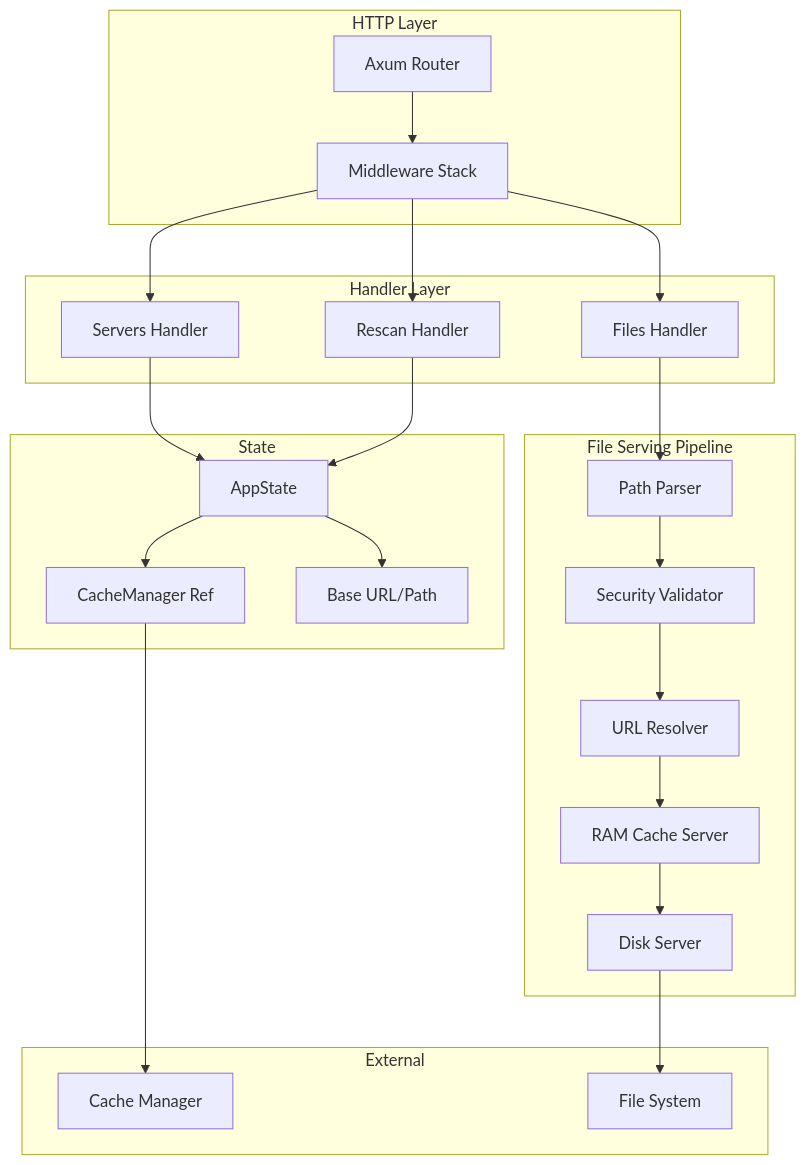
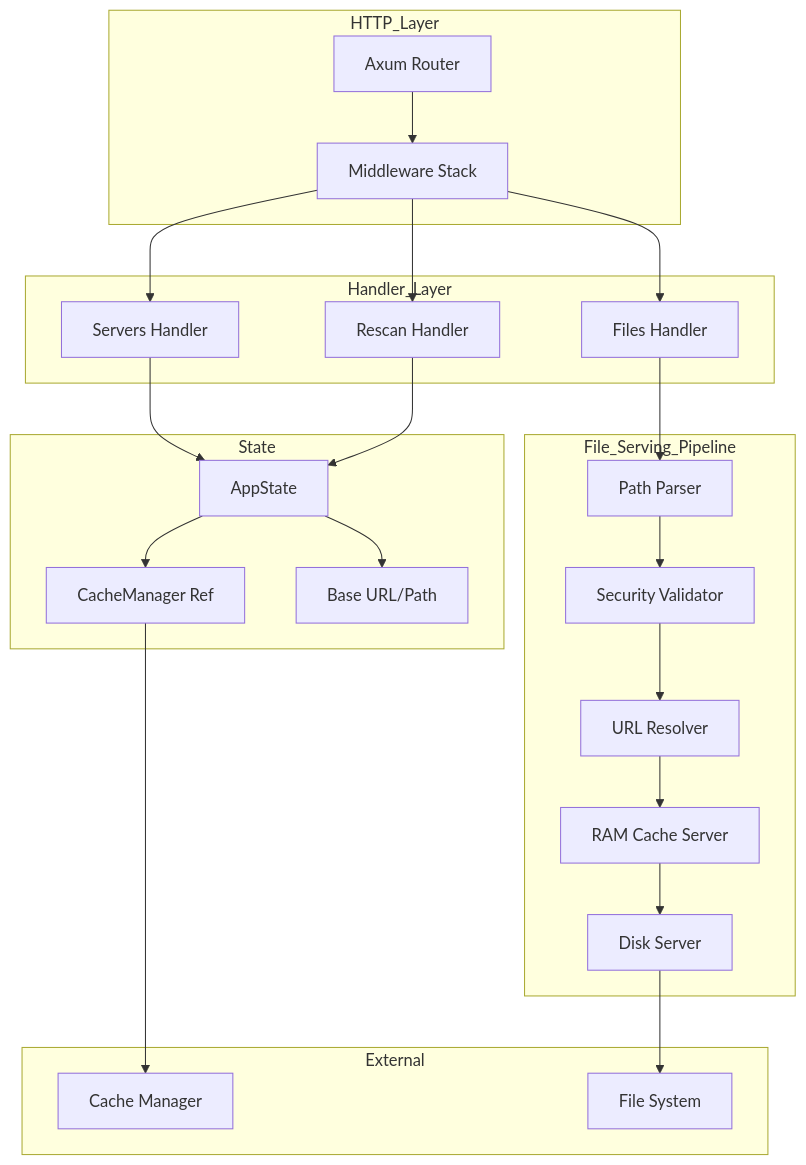
One commit to Lighty-Launcher/LightyUpdater changed the first of 3 diagrams in crates/api/docs/architecture.md. Above: the diagram before and after it, drawn with Mermaid. The commit also changed other lines of this file and 31 other files, not shown here.

Commit message:
edit mermaid in docs

````diff
--- a/crates/api/docs/architecture.md
+++ b/crates/api/docs/architecture.md
@@ -9,51 +9,51 @@
 ```mermaid
 graph TB
-    subgraph "HTTP Layer"
+    subgraph HTTP_Layer
         Router[Axum Router]
         Middleware[Middleware Stack]
     end
 
-    subgraph "Handler Layer"
+    subgraph Handler_Layer
         ServersH[Servers Handler]
         FilesH[Files Handler]
         RescanH[Rescan Handler]
     end
 
-    subgraph "File Serving Pipeline"
+    subgraph File_Serving_Pipeline
         Parser[Path Parser]
         Validator[Security Validator]
         Resolver[URL Resolver]
         CacheServe[RAM Cache Server]
         DiskServe[Disk Server]
     end
 
-    subgraph "State"
+    subgraph State
         AppState[AppState]
         CacheRef[CacheManager Ref]
         Config[Base URL/Path]
     end
 
-    subgraph "External"
+    subgraph External
         Cache[Cache Manager]
         FS[File System]
     end
 
     Router --> Middleware
     Middleware --> ServersH
     Middleware --> FilesH
     Middleware --> RescanH
 
     ServersH --> AppState
     FilesH --> Parser
     RescanH --> AppState
 
     Parser --> Validator
     Validator --> Resolver
     Resolver --> CacheServe
     CacheServe --> DiskServe
     DiskServe --> FS
 
     AppState --> CacheRef
     AppState --> Config
     CacheRef --> Cache
 ```
````
